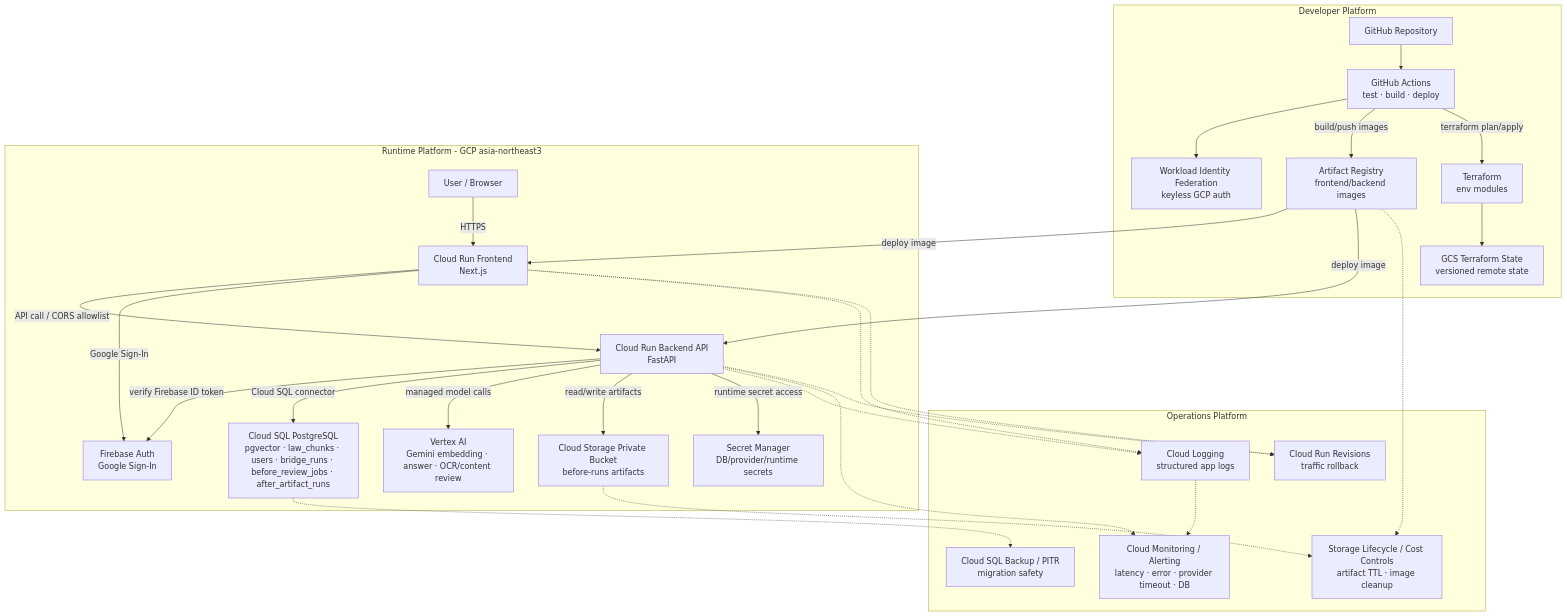
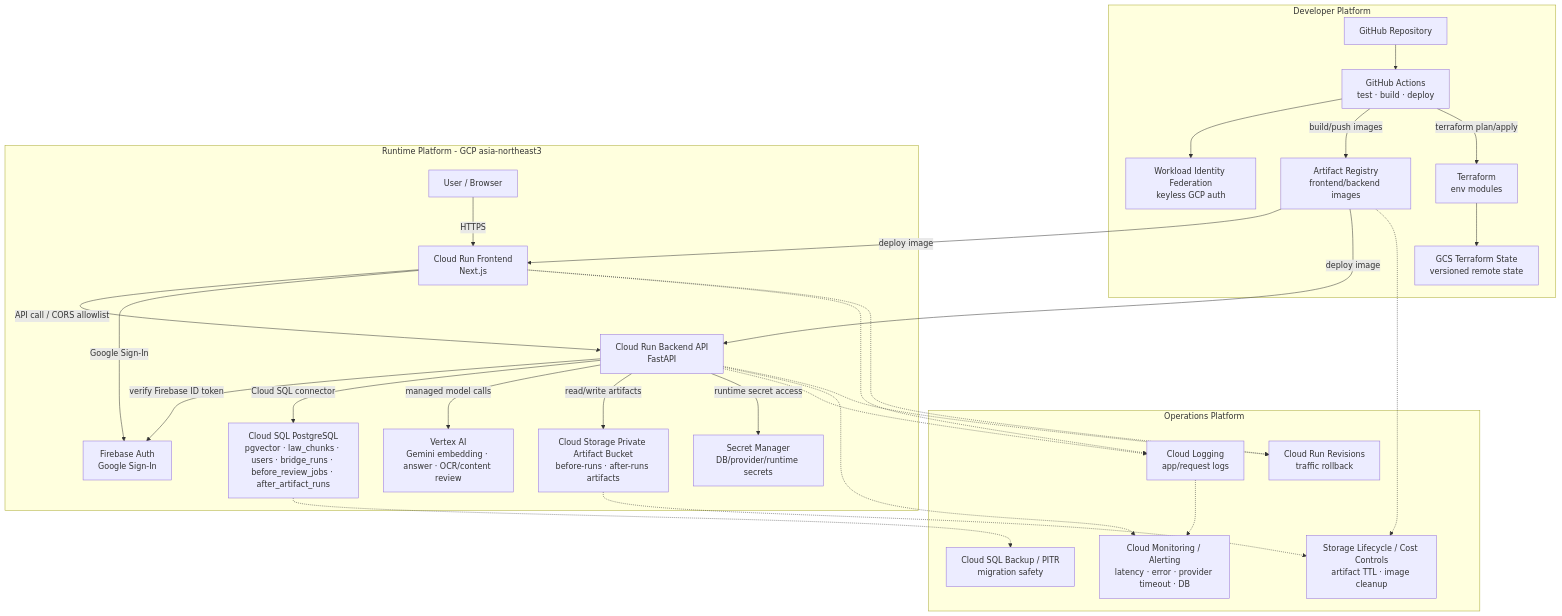
The diagram in docs/architecture/cloud_migration_architecture.md (2026-moel-datacontest-core/law_main_road_main), drawn with Mermaid before and after one commit. The commit also changed other lines of this file and 19 other files, not shown here.

````diff
--- a/docs/architecture/cloud_migration_architecture.md
+++ b/docs/architecture/cloud_migration_architecture.md
@@ -36,57 +78,57 @@
 ```mermaid
 flowchart TB
     subgraph DEV["Developer Platform"]
         GitHub["GitHub Repository"]
         Actions["GitHub Actions<br/>test · build · deploy"]
         WIF["Workload Identity Federation<br/>keyless GCP auth"]
         AR["Artifact Registry<br/>frontend/backend images"]
         TF["Terraform<br/>env modules"]
         TFState["GCS Terraform State<br/>versioned remote state"]
     end
 
     subgraph RUNTIME["Runtime Platform - GCP asia-northeast3"]
         User["User / Browser"]
         Frontend["Cloud Run Frontend<br/>Next.js"]
         Backend["Cloud Run Backend API<br/>FastAPI"]
         Firebase["Firebase Auth<br/>Google Sign-In"]
         SQL["Cloud SQL PostgreSQL<br/>pgvector · law_chunks · users · bridge_runs · before_review_jobs · after_artifact_runs"]
         Vertex["Vertex AI<br/>Gemini embedding · answer · OCR/content review"]
-        Storage["Cloud Storage Private Bucket<br/>before-runs artifacts"]
+        Storage["Cloud Storage Private Artifact Bucket<br/>before-runs · after-runs artifacts"]
         Secrets["Secret Manager<br/>DB/provider/runtime secrets"]
     end
 
     subgraph OPS["Operations Platform"]
-        Logging["Cloud Logging<br/>structured app logs"]
+        Logging["Cloud Logging<br/>app/request logs"]
         Monitoring["Cloud Monitoring / Alerting<br/>latency · error · provider timeout · DB"]
         Rollback["Cloud Run Revisions<br/>traffic rollback"]
         Backup["Cloud SQL Backup / PITR<br/>migration safety"]
         Lifecycle["Storage Lifecycle / Cost Controls<br/>artifact TTL · image cleanup"]
     end
 
     GitHub --> Actions
     Actions --> WIF
     Actions -->|build/push images| AR
     Actions -->|terraform plan/apply| TF
     TF --> TFState
     AR -->|deploy image| Frontend
     AR -->|deploy image| Backend
 
     User -->|HTTPS| Frontend
     Frontend -->|API call / CORS allowlist| Backend
     Frontend -->|Google Sign-In| Firebase
     Backend -->|verify Firebase ID token| Firebase
     Backend -->|Cloud SQL connector| SQL
     Backend -->|managed model calls| Vertex
     Backend -->|read/write artifacts| Storage
     Backend -->|runtime secret access| Secrets
 
     Backend -.-> Logging
     Frontend -.-> Logging
     Logging -.-> Monitoring
     Backend -.-> Monitoring
     SQL -.-> Backup
     Storage -.-> Lifecycle
     AR -.-> Lifecycle
     Backend -.-> Rollback
     Frontend -.-> Rollback
 ```
````
